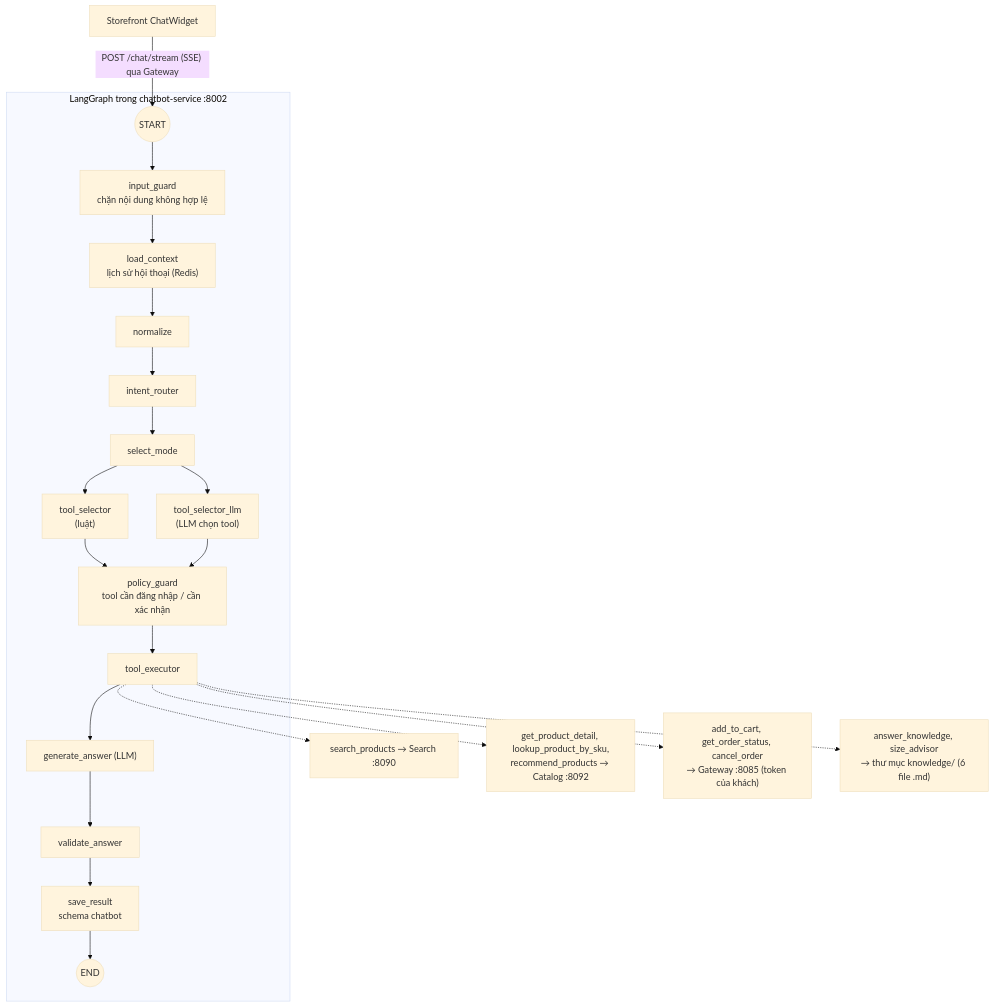
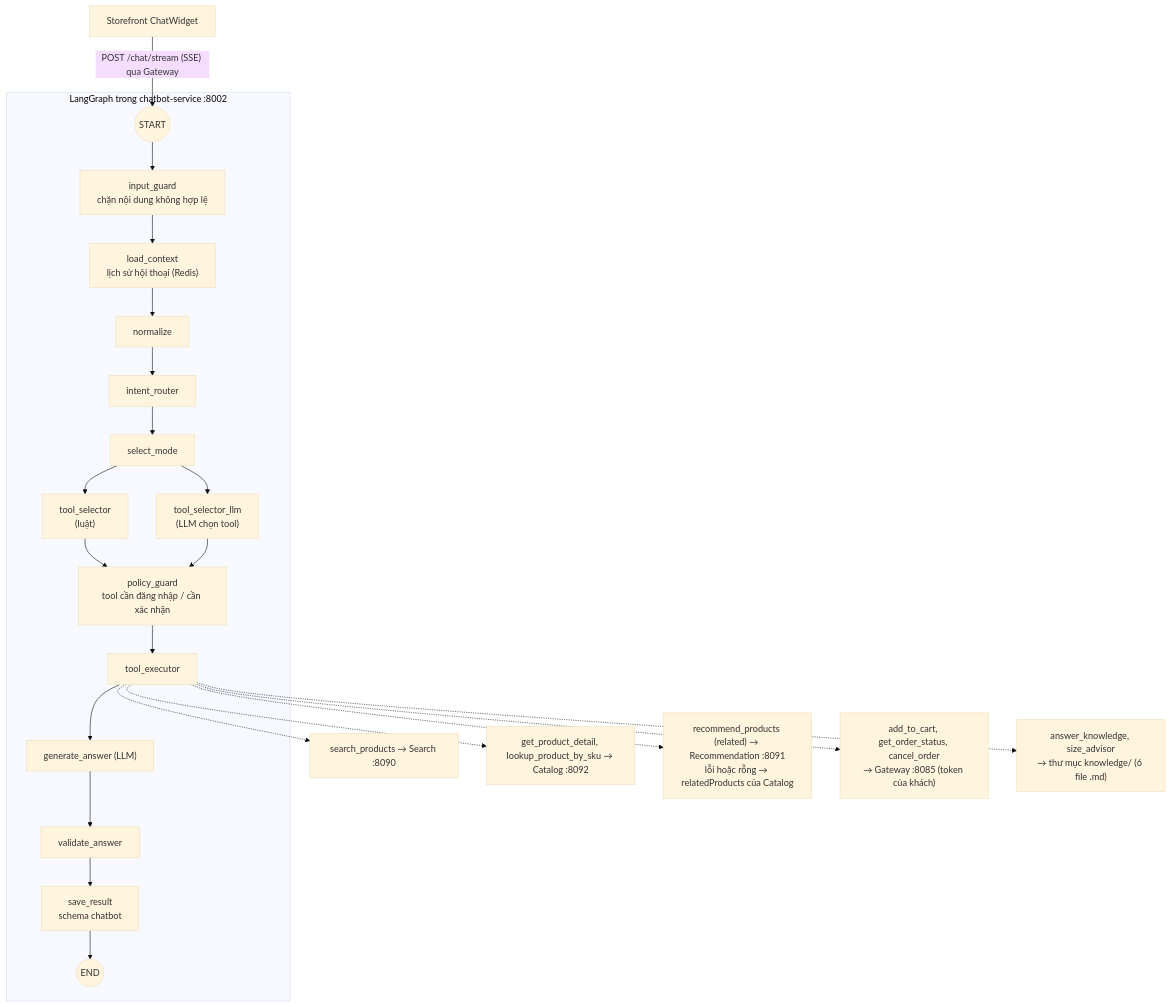
The diagram in docs/overview/workflow/10-chatbot.mmd (ThanhHaipear/smart_sportwear_shop), drawn with Mermaid (base theme) before and after one commit. The commit also changed 11 other files, not shown here.

First line of the commit message:
docs(recommendation): add results tables, demo script and new diagrams

```diff
--- a/docs/overview/workflow/10-chatbot.mmd
+++ b/docs/overview/workflow/10-chatbot.mmd
@@ -1,23 +1,24 @@
 flowchart TB
     U["Storefront ChatWidget"] -- "POST /chat/stream (SSE) qua Gateway" --> START
 
     subgraph LG["LangGraph trong chatbot-service :8002"]
         START((START)) --> G["input_guard<br/>chặn nội dung không hợp lệ"]
         G --> C["load_context<br/>lịch sử hội thoại (Redis)"]
         C --> N["normalize"]
         N --> I["intent_router"]
         I --> M["select_mode"]
         M --> TS["tool_selector<br/>(luật)"]
         M --> TL["tool_selector_llm<br/>(LLM chọn tool)"]
         TS & TL --> P["policy_guard<br/>tool cần đăng nhập / cần xác nhận"]
         P --> X["tool_executor"]
         X --> A["generate_answer (LLM)"]
         A --> V["validate_answer"]
         V --> S["save_result<br/>schema chatbot"]
         S --> E((END))
     end
 
     X -.-> T1["search_products → Search :8090"]
-    X -.-> T2["get_product_detail, lookup_product_by_sku,<br/>recommend_products → Catalog :8092"]
+    X -.-> T2["get_product_detail, lookup_product_by_sku → Catalog :8092"]
+    X -.-> T5["recommend_products (related) → Recommendation :8091<br/>lỗi hoặc rỗng → relatedProducts của Catalog"]
     X -.-> T3["add_to_cart, get_order_status, cancel_order<br/>→ Gateway :8085 (token của khách)"]
     X -.-> T4["answer_knowledge, size_advisor<br/>→ thư mục knowledge/ (6 file .md)"]
```
